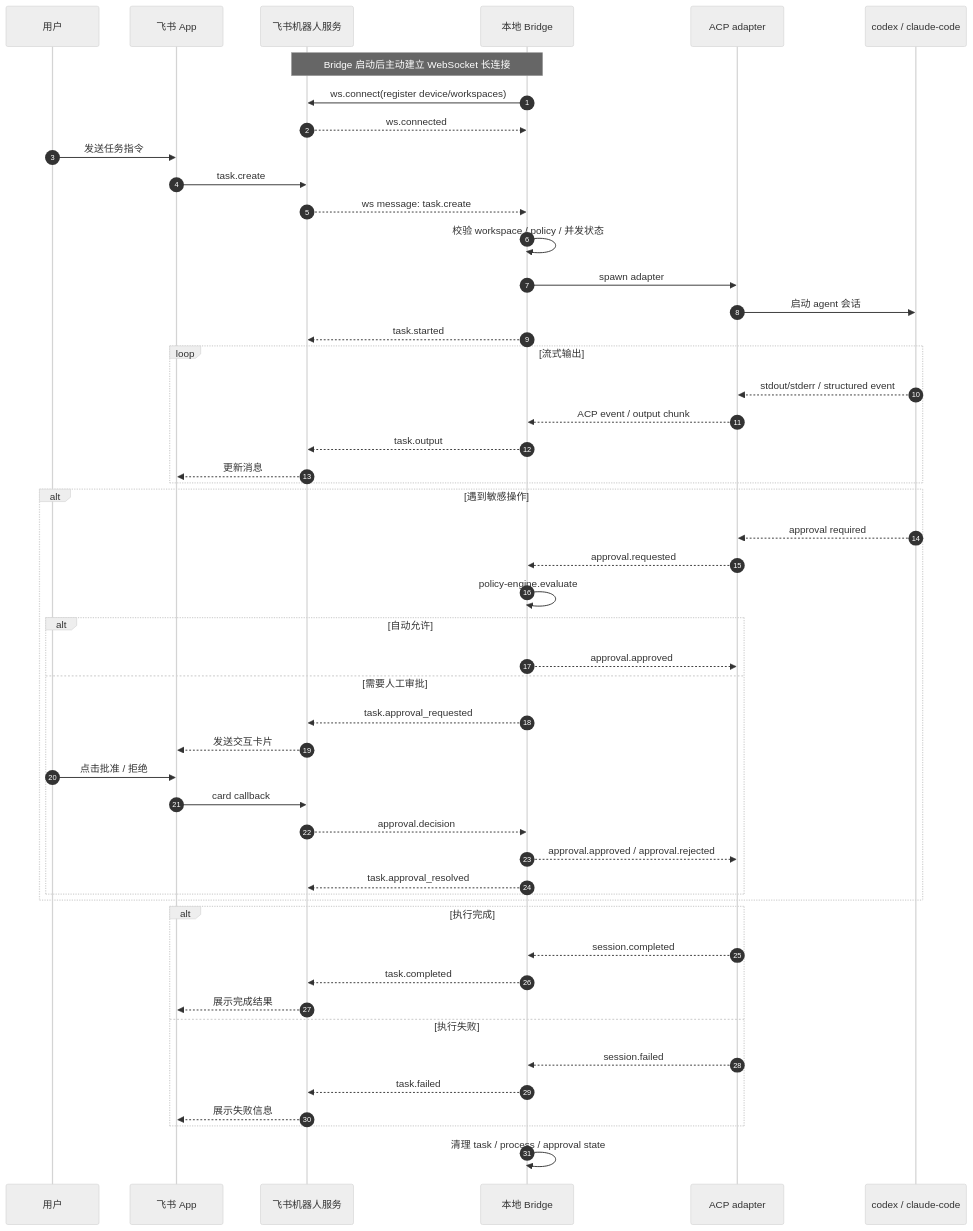
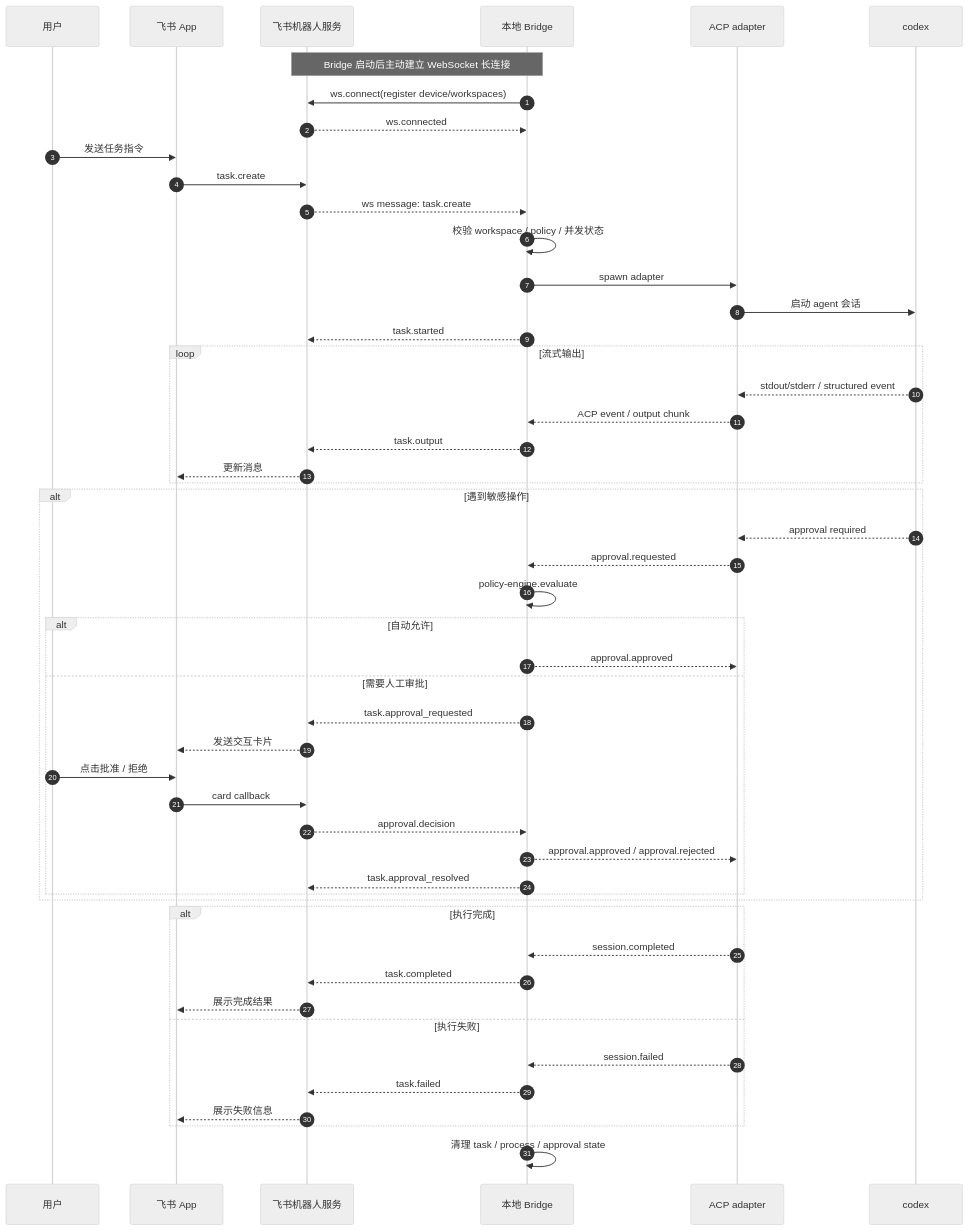
The first of 2 diagrams in docs/architecture.md (ysansan98/im-code-agent), drawn with Mermaid (neutral theme) before and after one commit. The commit also changed other lines of this file and 9 other files, not shown here.

````diff
--- a/docs/architecture.md
+++ b/docs/architecture.md
@@ -97,61 +97,61 @@
 ```mermaid
 sequenceDiagram
     autonumber
     participant U as 用户
     participant F as 飞书 App
     participant BFF as 飞书机器人服务
     participant WS as 本地 Bridge
     participant ACP as ACP adapter
-    participant AG as codex / claude-code
+    participant AG as codex
 
     Note over WS,BFF: Bridge 启动后主动建立 WebSocket 长连接
 
     WS->>BFF: ws.connect(register device/workspaces)
     BFF-->>WS: ws.connected
 
     U->>F: 发送任务指令
     F->>BFF: task.create
     BFF-->>WS: ws message: task.create
 
     WS->>WS: 校验 workspace / policy / 并发状态
     WS->>ACP: spawn adapter
     ACP->>AG: 启动 agent 会话
 
     WS-->>BFF: task.started
 
     loop 流式输出
         AG-->>ACP: stdout/stderr / structured event
         ACP-->>WS: ACP event / output chunk
         WS-->>BFF: task.output
         BFF-->>F: 更新消息
     end
 
     alt 遇到敏感操作
         AG-->>ACP: approval required
         ACP-->>WS: approval.requested
         WS->>WS: policy-engine.evaluate
         alt 自动允许
             WS-->>ACP: approval.approved
         else 需要人工审批
             WS-->>BFF: task.approval_requested
             BFF-->>F: 发送交互卡片
             U->>F: 点击批准 / 拒绝
             F->>BFF: card callback
             BFF-->>WS: approval.decision
             WS-->>ACP: approval.approved / approval.rejected
             WS-->>BFF: task.approval_resolved
         end
     end
 
     alt 执行完成
         ACP-->>WS: session.completed
         WS-->>BFF: task.completed
         BFF-->>F: 展示完成结果
     else 执行失败
         ACP-->>WS: session.failed
         WS-->>BFF: task.failed
         BFF-->>F: 展示失败信息
     end
 
     WS->>WS: 清理 task / process / approval state
 ```
````
